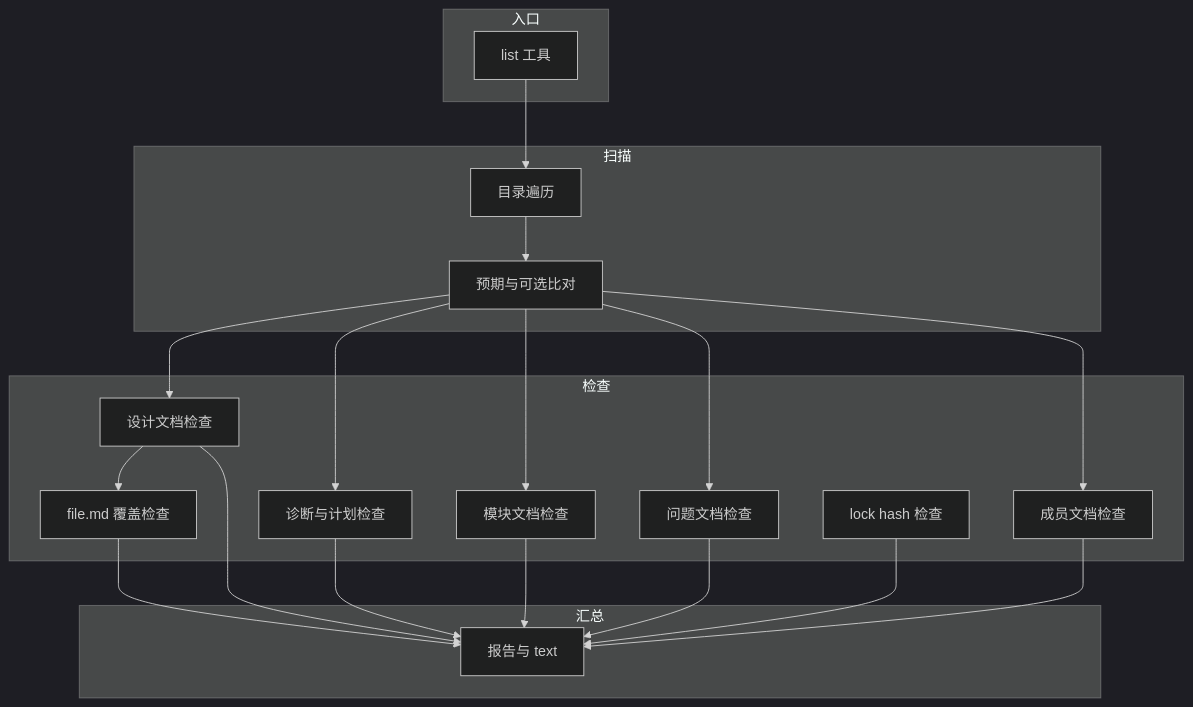
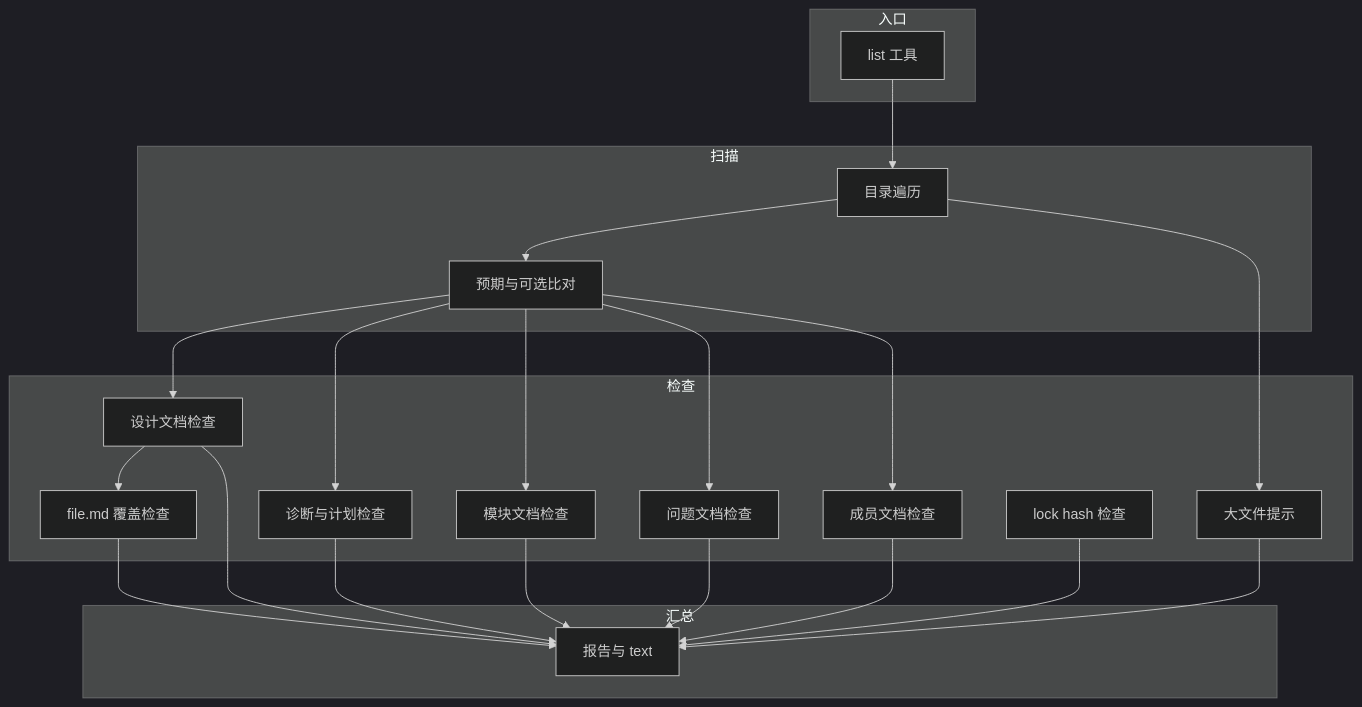
Before and after one commit to Cangjier/coder: the first of 4 diagrams in .coder/design/module-0001.md, drawn with Mermaid (dark theme). The commit also changed other lines of this file and 17 other files, not shown here.

````diff
--- a/.coder/design/module-0001.md
+++ b/.coder/design/module-0001.md
@@ -4,37 +4,40 @@
 ```mermaid
 flowchart TB
   subgraph 入口
     list["list 工具"]
   end
   subgraph 扫描
     walk["目录遍历"]
     expected["预期与可选比对"]
   end
   subgraph 检查
     design["设计文档检查"]
     diagnosis["诊断与计划检查"]
     module["模块文档检查"]
     issue["问题文档检查"]
     member["成员文档检查"]
     coverage["file.md 覆盖检查"]
+    hint["大文件提示"]
     lock["lock hash 检查"]
   end
   subgraph 汇总
     report["报告与 text"]
   end
   list --> walk
   walk --> expected
   expected --> design
   expected --> diagnosis
   expected --> module
   expected --> issue
   expected --> member
+  walk --> hint
   design --> coverage
   design --> report
   diagnosis --> report
   module --> report
   issue --> report
   member --> report
   coverage --> report
+  hint --> report
   lock --> report
 ```
````
